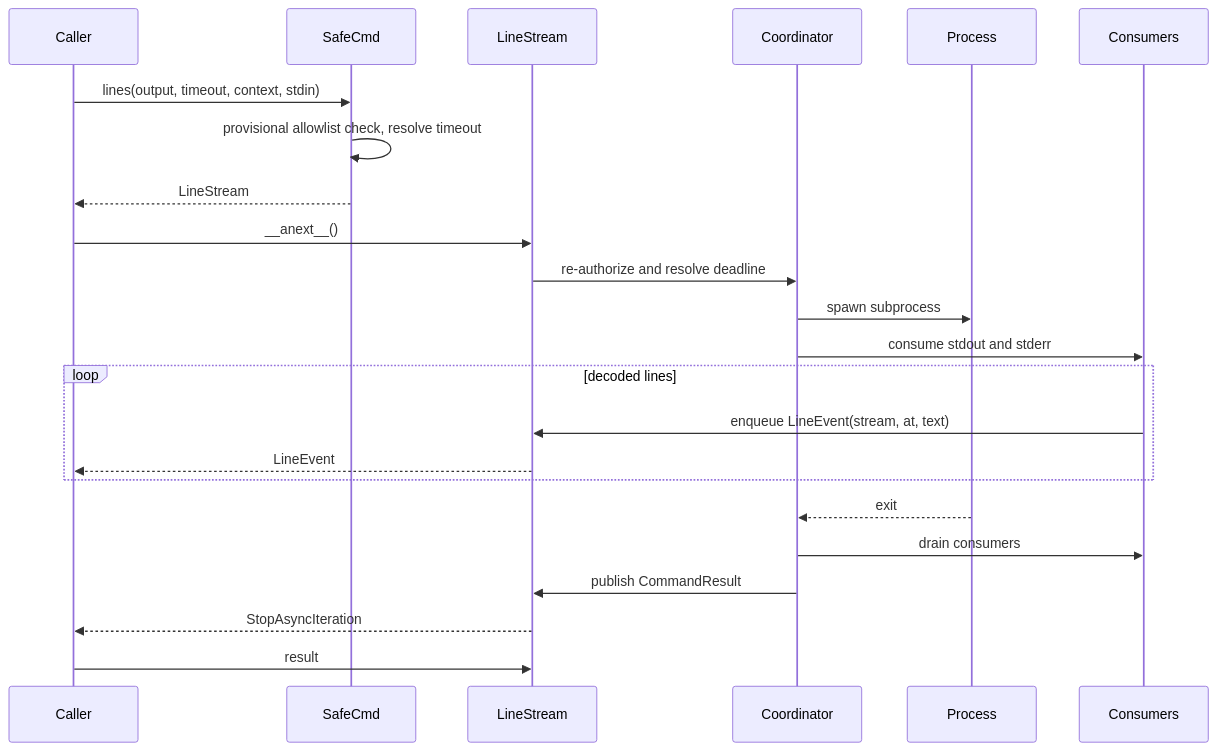
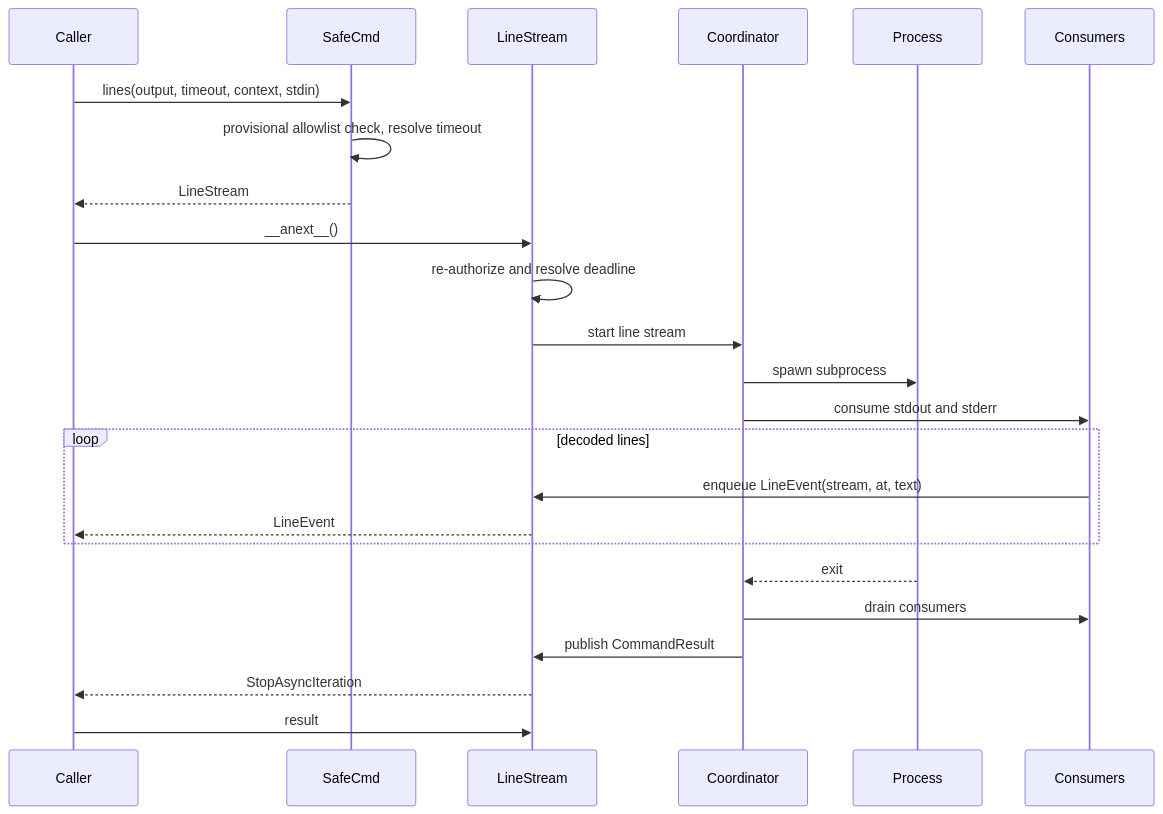
Diagram 16 of 21 in docs/cuprum-design.md (leynos/cuprum), drawn with Mermaid before and after one commit. The commit also changed other lines of this file, not shown here.

````diff
--- a/docs/cuprum-design.md
+++ b/docs/cuprum-design.md
@@ -3537,26 +3537,27 @@
 ```mermaid
 sequenceDiagram
     participant Caller
     participant SafeCmd
     participant LineStream
     participant Coordinator
     participant Process
     participant Consumers
 
     Caller->>SafeCmd: lines(output, timeout, context, stdin)
     SafeCmd->>SafeCmd: provisional allowlist check, resolve timeout
     SafeCmd-->>Caller: LineStream
     Caller->>LineStream: __anext__()
-    LineStream->>Coordinator: re-authorize and resolve deadline
+    LineStream->>LineStream: re-authorize and resolve deadline
+    LineStream->>Coordinator: start line stream
     Coordinator->>Process: spawn subprocess
     Coordinator->>Consumers: consume stdout and stderr
     loop decoded lines
         Consumers->>LineStream: enqueue LineEvent(stream, at, text)
         LineStream-->>Caller: LineEvent
     end
     Process-->>Coordinator: exit
     Coordinator->>Consumers: drain consumers
     Coordinator->>LineStream: publish CommandResult
     LineStream-->>Caller: StopAsyncIteration
     Caller->>LineStream: result
 ```
````
